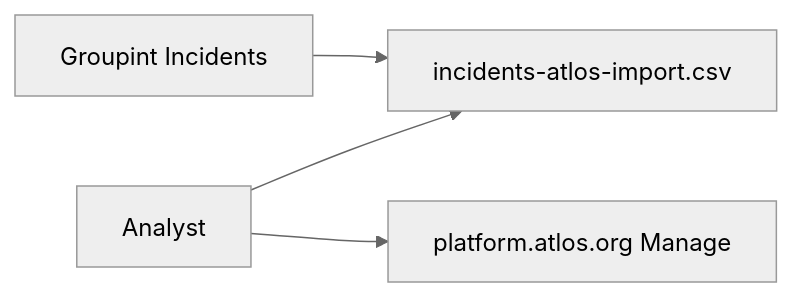
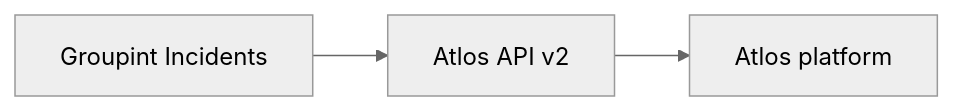
Before and after one commit to OSINT-for-Ukraine/groupint: the diagram in docs/incidents/atlos-export.md, drawn with Mermaid (neutral theme). The commit also changed other lines of this file and 10 other files, not shown here.

First line of the commit message:
Remove Atlos CSV export and re-enable API export in UI.

````diff
--- a/docs/incidents/atlos-export.md
+++ b/docs/incidents/atlos-export.md
@@ -14,10 +13,7 @@
 ```mermaid
 flowchart LR
   groupint[Groupint Incidents]
-  csvFile[incidents-atlos-import.csv]
-  analyst[Analyst]
-  atlos[platform.atlos.org Manage]
-  groupint --> csvFile
-  analyst --> csvFile
-  analyst --> atlos
+  api[Atlos API v2]
+  atlos[Atlos platform]
+  groupint --> api --> atlos
 ```
````
